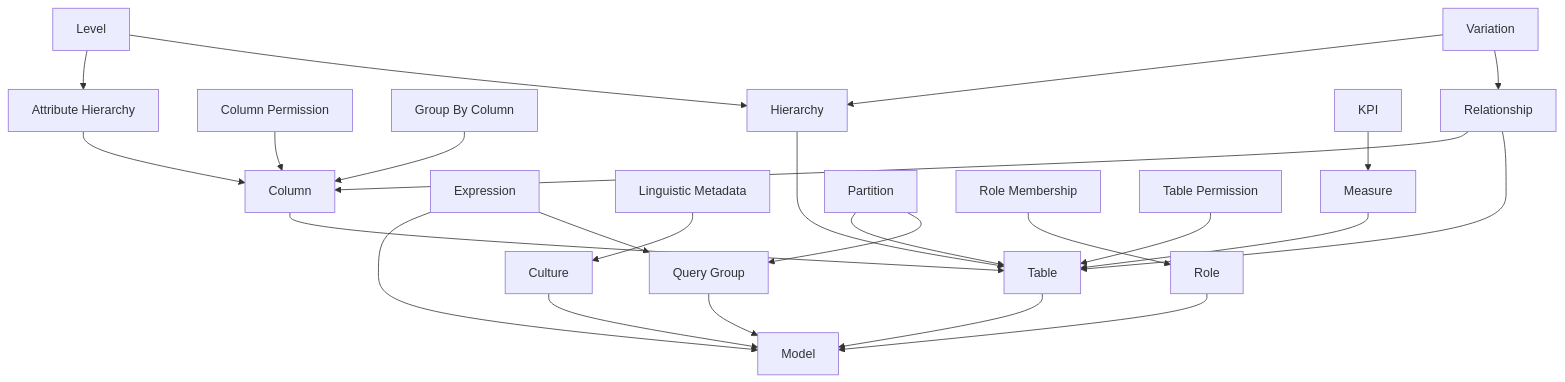
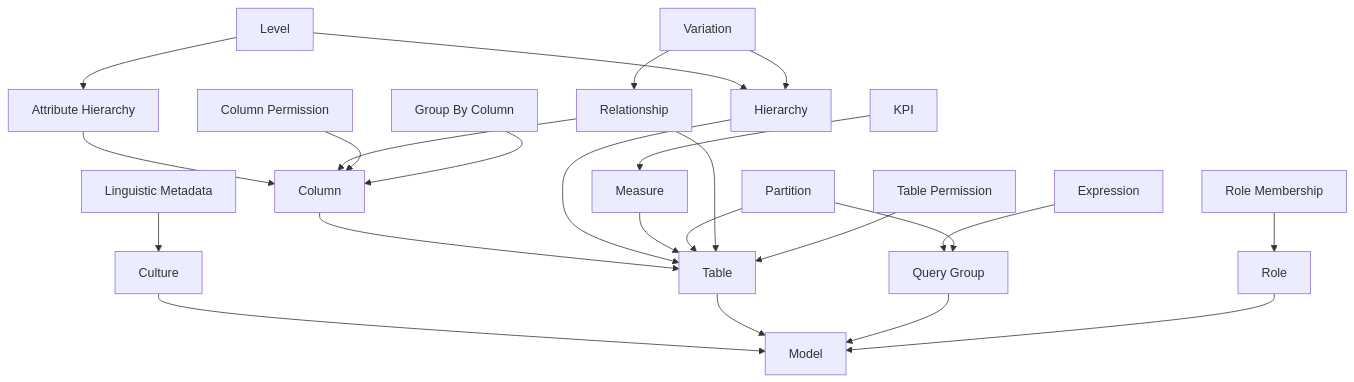
One commit to douglassimonsen/pbi_core changed the diagram in README.md. Above: the diagram before and after it, drawn with Mermaid. The commit also changed 1 other file, not shown here.

Commit message:
Fixed bug when initializing model in ssas

````diff
--- a/README.md
+++ b/README.md
@@ -54,43 +54,43 @@
 ```mermaid
 flowchart TD
   attribute_hierarchy[Attribute Hierarchy]
   
   
   column_permission[Column Permission]
   column[Column]
   culture[Culture]
   
   expression[Expression]
   
   
   group_by_column[Group By Column]
   hierarchy[Hierarchy]
   kpi[KPI]
   level[Level]
   linguistic_metadata[Linguistic Metadata]
   measure[Measure]
   model[Model]
   partition[Partition]
 
   query_group[Query Group]
   relationship[Relationship]
   role_membership[Role Membership]
   role[Role]
   
   table_permission[Table Permission]
   table[Table]
   variation[Variation]
 
   level --> attribute_hierarchy --> column
   relationship & column_permission & group_by_column --> column --> table
   linguistic_metadata --> culture --> model
-  expression --> model & query_group
+  expression --> query_group
   level & variation --> hierarchy --> table
   kpi --> measure --> table --> model
   partition --> table & query_group
   query_group --> model
   variation --> relationship --> table
   role_membership --> role --> model
   table_permission --> table
 
 ```
````
